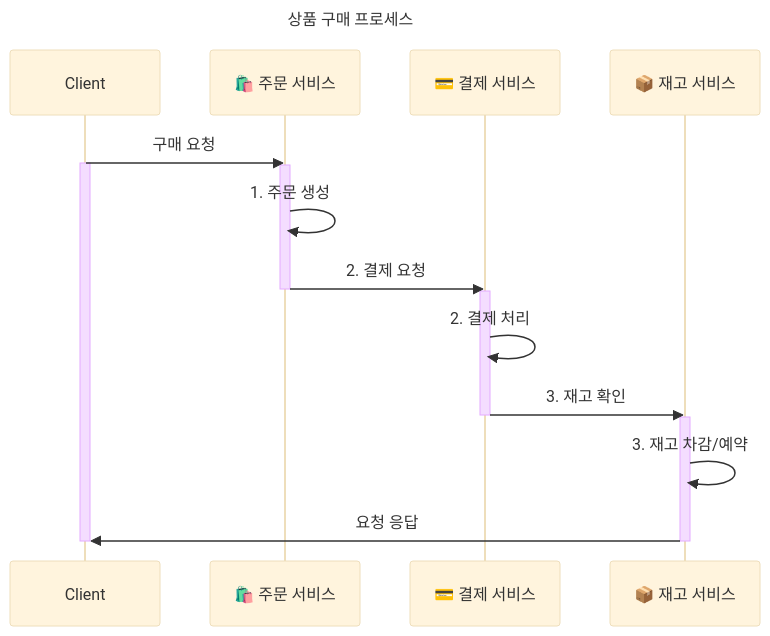
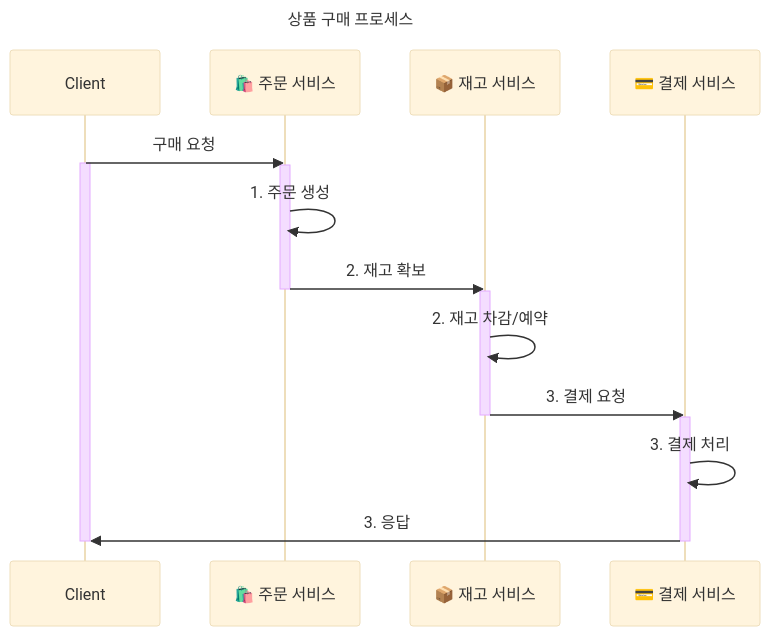
One commit to kimjunyoung90/saga-examples changed the diagram in README.md. Above: the diagram before and after it, drawn with Mermaid (base theme). The commit also changed other lines of this file, not shown here.

````diff
--- a/README.md
+++ b/README.md
@@ -26,30 +26,31 @@
 ```mermaid
 sequenceDiagram
     participant Client
     participant OS as 🛍️ 주문 서비스
+    participant IS as 📦 재고 서비스
     participant PS as 💳 결제 서비스
-    participant IS as 📦 재고 서비스
 
     title 상품 구매 프로세스
 
     %% --- 성공 흐름 (왼쪽) ---
         Client->> OS: 구매 요청
         activate Client
     
         activate OS
         OS->>OS: 1. 주문 생성
-        OS->>PS: 2. 결제 요청
+        OS->>IS: 2. 재고 확보
         deactivate OS
+
+        activate IS
+        IS->>IS: 2. 재고 차감/예약
+        IS->>PS: 3. 결제 요청
+        deactivate IS
         
         activate PS
-        PS->>PS: 2. 결제 처리
-        PS->>IS: 3. 재고 확인
+        PS->>PS: 3. 결제 처리
+        PS->>Client: 3. 응답
         deactivate PS
         
-        activate IS
-        IS->>IS: 3. 재고 차감/예약
-        IS->>Client: 요청 응답
-        deactivate IS
         
         deactivate Client
 ```
````
